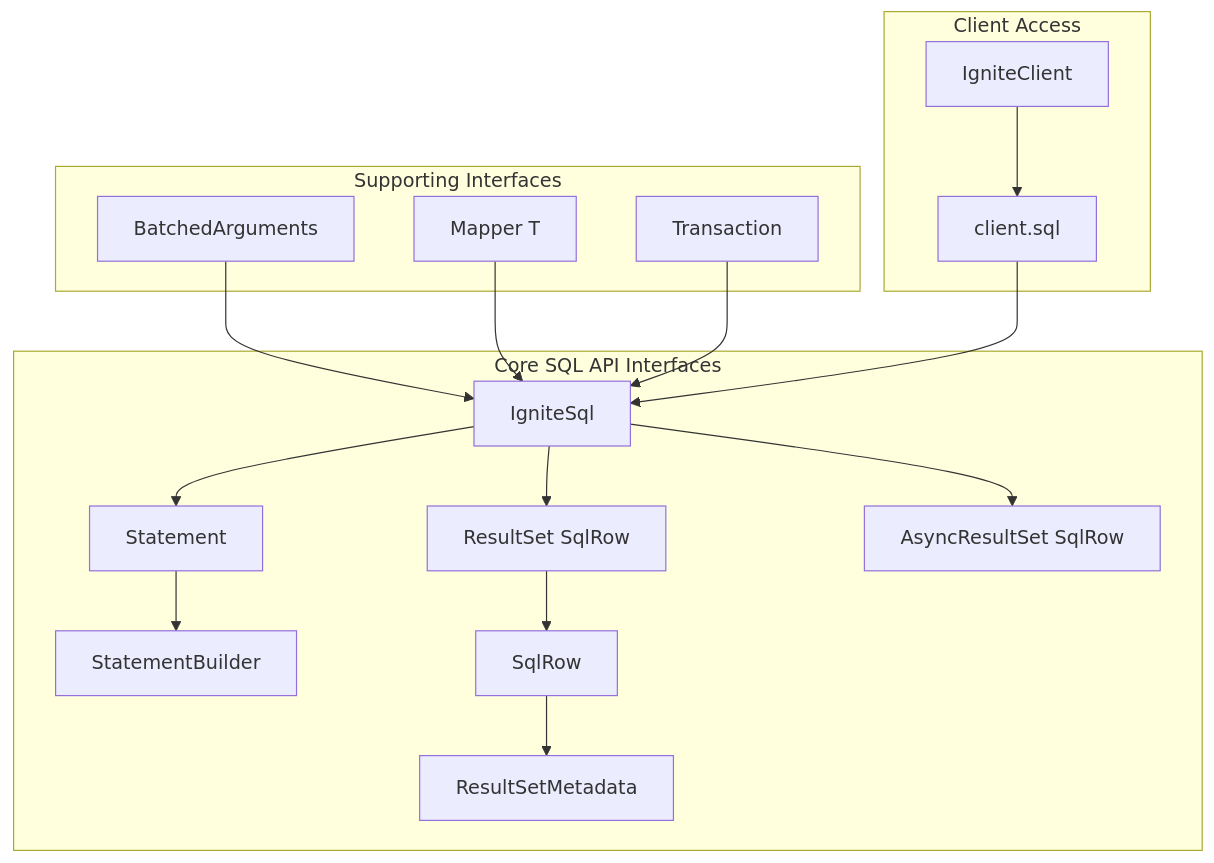
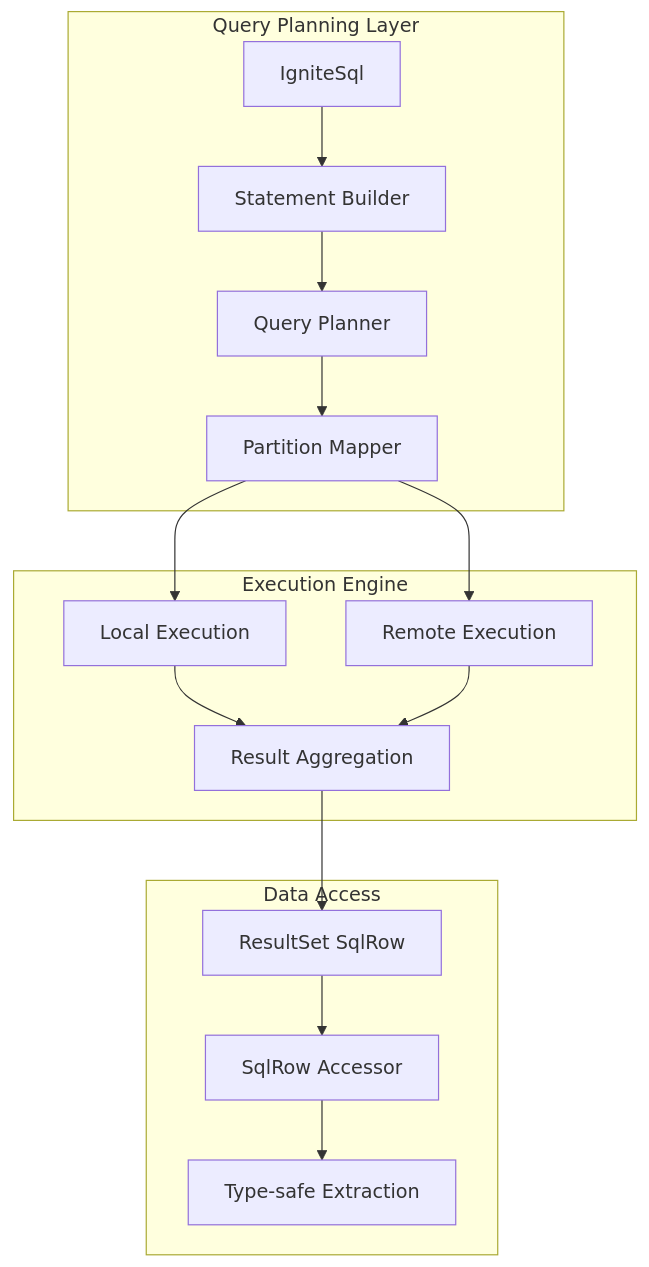
The diagram in docs/03-data-access-apis/02-sql-api-analytics.md (maglietti/ignite3-java-api-primer), drawn with Mermaid before and after one commit. The commit also changed other lines of this file and 10 other files, not shown here.

````diff
--- a/docs/03-data-access-apis/02-sql-api-analytics.md
+++ b/docs/03-data-access-apis/02-sql-api-analytics.md
@@ -34,22 +22,21 @@
 ```mermaid
 graph TB
-    subgraph CSAI ["Core SQL API Interfaces"]
-        A[IgniteSql] --> B[Statement]
-        A --> C[ResultSet SqlRow]
-        A --> D[AsyncResultSet SqlRow]
-        B --> E[StatementBuilder]
-        C --> F[SqlRow]
-        F --> G[ResultSetMetadata]
+    subgraph QP ["Query Planning Layer"]
+        A[IgniteSql] --> B[Statement Builder]
+        B --> C[Query Planner]
+        C --> D[Partition Mapper]
     end
 
-    subgraph SI ["Supporting Interfaces"]
-        H[BatchedArguments] --> A
-        I[Mapper T] --> A
-        J[Transaction] --> A
+    subgraph EE ["Execution Engine"]
+        D --> E[Local Execution]
+        D --> F[Remote Execution]
+        E --> G[Result Aggregation]
+        F --> G
     end
 
-    subgraph CA ["Client Access"]
-        K[IgniteClient] --> L[client.sql]
-        L --> A
+    subgraph DA ["Data Access"]
+        G --> H[ResultSet SqlRow]
+        H --> I[SqlRow Accessor]
+        I --> J[Type-safe Extraction]
     end
 ```
````
